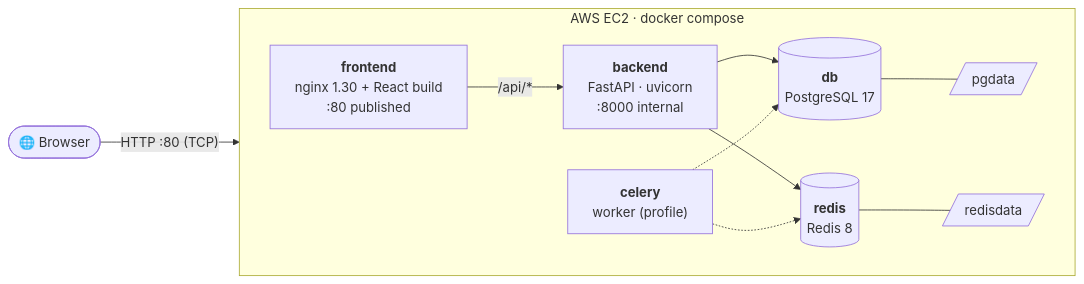
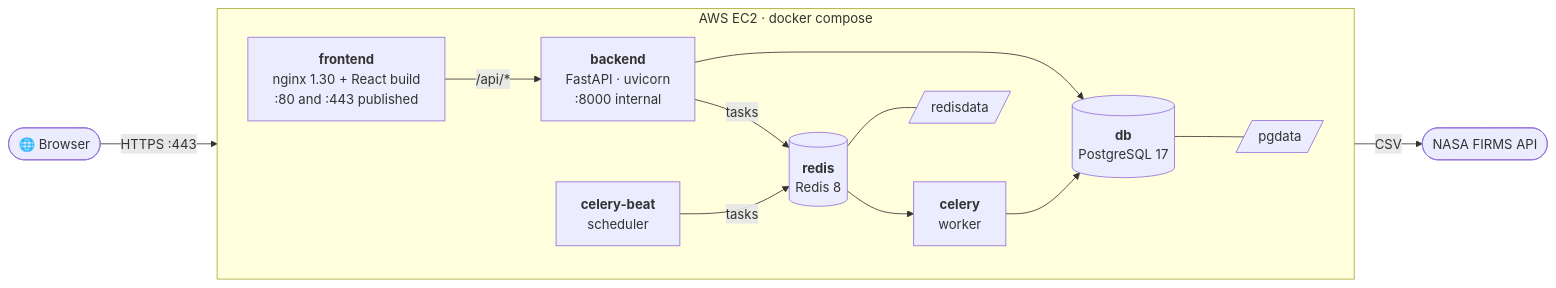
Before and after one commit to Still-Low-Priority/modis-viirs-harmonized: the third of 5 diagrams in README.md, drawn with Mermaid. The commit also changed other lines of this file and 14 other files, not shown here.

````diff
--- a/README.md
+++ b/README.md
@@ -208,24 +303,27 @@
 ```mermaid
 flowchart LR
     user(["🌐 Browser"])
 
     subgraph ec2["AWS EC2 · docker compose"]
         direction LR
-        fe["<b>frontend</b><br/>nginx 1.30 + React build<br/>:80 published"]
+        fe["<b>frontend</b><br/>nginx 1.30 + React build<br/>:80 and :443 published"]
         be["<b>backend</b><br/>FastAPI · uvicorn<br/>:8000 internal"]
-        cel["<b>celery</b><br/>worker (profile)"]
+        cel["<b>celery</b><br/>worker"]
+        beat["<b>celery-beat</b><br/>scheduler"]
         db[("<b>db</b><br/>PostgreSQL 17")]
         rd[("<b>redis</b><br/>Redis 8")]
         v1[/"pgdata"/]
         v2[/"redisdata"/]
     end
 
-    user -- "HTTP :80 (TCP)" --> fe
+    user -- "HTTPS :443" --> fe
     fe -- "/api/*" --> be
     be --> db
-    be --> rd
-    cel -.-> rd
-    cel -.-> db
+    be -- "tasks" --> rd
+    beat -- "tasks" --> rd
+    rd --> cel
+    cel --> db
+    cel -- "CSV" --> firms(["NASA FIRMS API"])
     db --- v1
     rd --- v2
 ```
````
